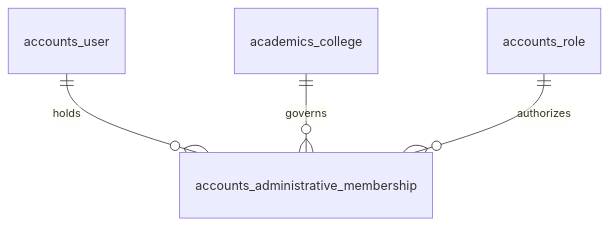
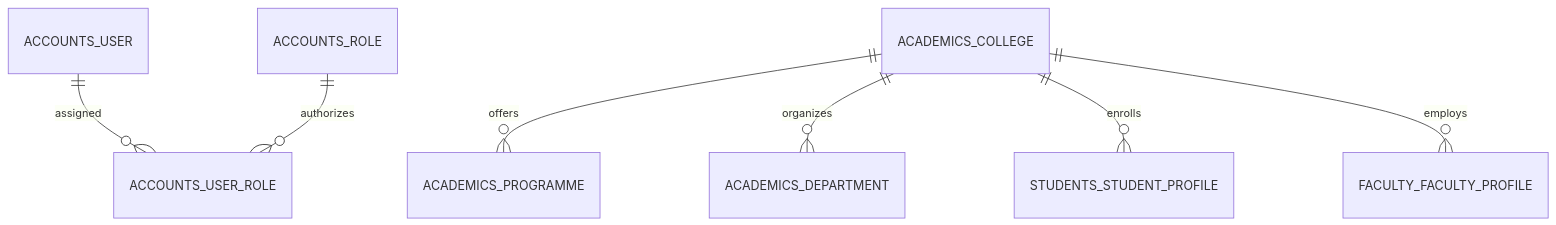
Before and after one commit to USER-00001-IND/college-online-examination-system: the sixth of 12 diagrams in docs/architecture.md, drawn with Mermaid. The commit also changed other lines of this file and 3 other files, not shown here.

````diff
--- a/docs/architecture.md
+++ b/docs/architecture.md
@@ -362,6 +371,9 @@
 ```mermaid
 erDiagram
-    accounts_user ||--o{ accounts_administrative_membership : "holds"
-    academics_college ||--o{ accounts_administrative_membership : "governs"
-    accounts_role ||--o{ accounts_administrative_membership : "authorizes"
+    ACCOUNTS_USER ||--o{ ACCOUNTS_USER_ROLE : "assigned"
+    ACCOUNTS_ROLE ||--o{ ACCOUNTS_USER_ROLE : "authorizes"
+    ACADEMICS_COLLEGE ||--o{ ACADEMICS_PROGRAMME : "offers"
+    ACADEMICS_COLLEGE ||--o{ ACADEMICS_DEPARTMENT : "organizes"
+    ACADEMICS_COLLEGE ||--o{ STUDENTS_STUDENT_PROFILE : "enrolls"
+    ACADEMICS_COLLEGE ||--o{ FACULTY_FACULTY_PROFILE : "employs"
 ```
````
